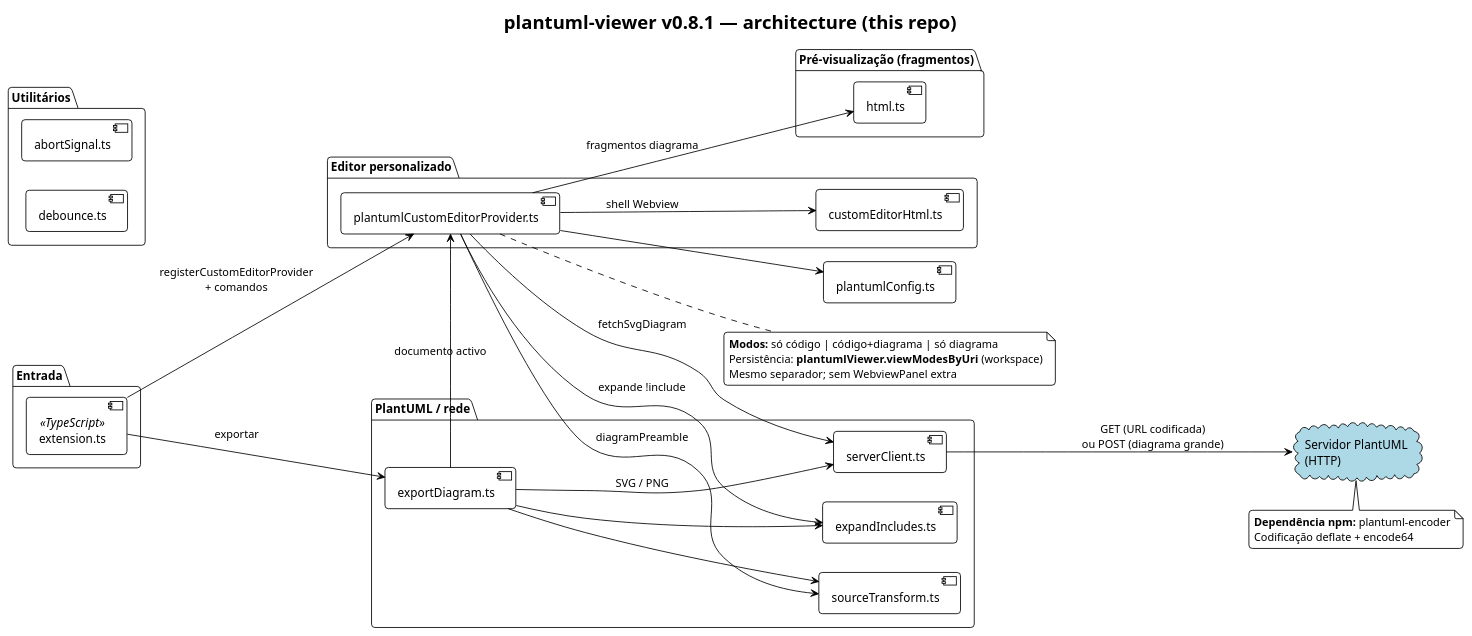
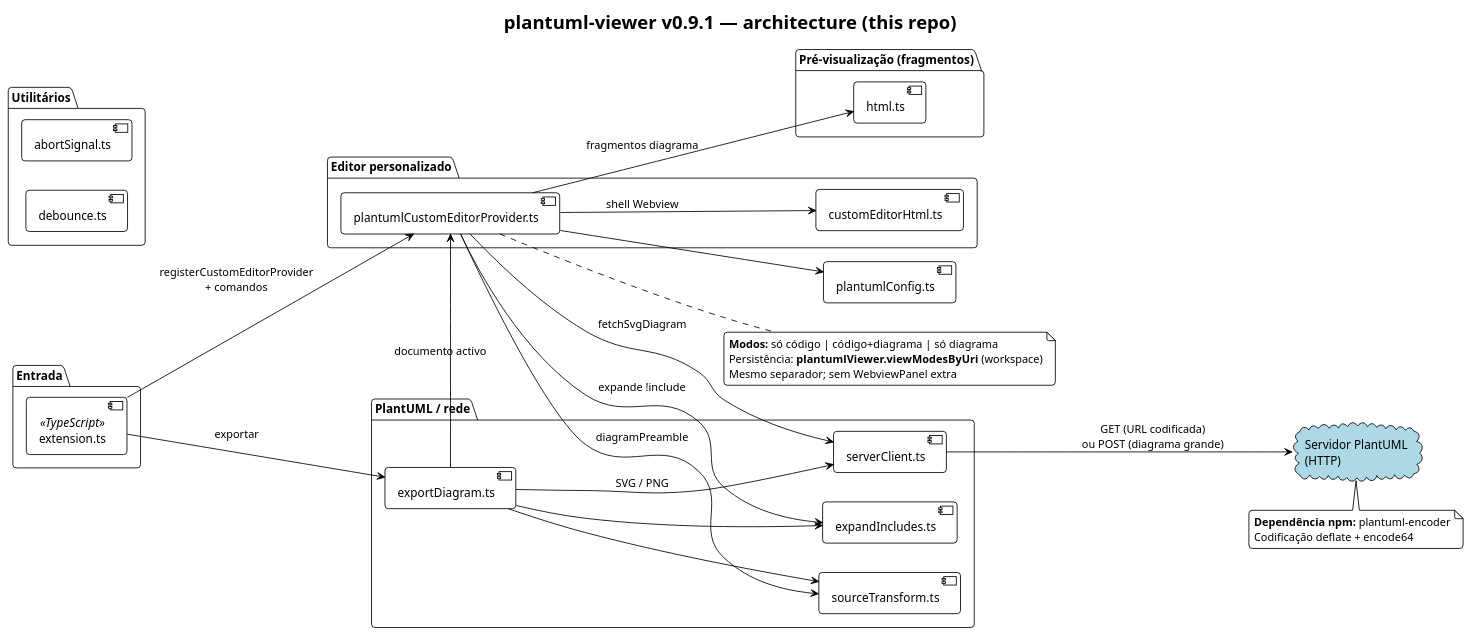
The diagram in examples/architecture.puml (manorfm/plantuml-plugin), drawn with PlantUML before and after one commit. The commit also changed 19 other files, not shown here.

```diff
--- a/examples/architecture.puml
+++ b/examples/architecture.puml
@@ -1,68 +1,68 @@
 @startuml
 !theme plain
 skinparam shadowing false
 skinparam roundcorner 8
 skinparam defaultFontName Verdana
 
-title plantuml-viewer v0.8.1 — architecture (this repo)
+title plantuml-viewer v0.9.1 — architecture (this repo)
 
 left to right direction
 
 package "Entrada" {
   component [extension.ts] as EXT <<TypeScript>>
 }
 
 package "Editor personalizado" {
   component [plantumlCustomEditorProvider.ts] as CEP
   component [customEditorHtml.ts] as CEH
 }
 
 package "Pré-visualização (fragmentos)" {
   component [html.ts] as HTML
 }
 
 package "PlantUML / rede" {
   component [serverClient.ts] as SC
   component [expandIncludes.ts] as INC
   component [exportDiagram.ts] as EXP
   component [sourceTransform.ts] as ST
 }
 
 component [plantumlConfig.ts] as CFG
 
 package "Utilitários" {
   component [abortSignal.ts] as AB
   component [debounce.ts] as DB
 }
 
 cloud "Servidor PlantUML\n(HTTP)" as SRV #LightBlue
 
 EXT --> CEP : registerCustomEditorProvider\n+ comandos
 EXT --> EXP : exportar
 
 CEP --> CEH : shell Webview
 CEP --> INC : expande !include
 CEP --> ST : diagramPreamble
 CEP --> SC : fetchSvgDiagram
 CEP --> HTML : fragmentos diagrama
 CEP --> CFG
 
 EXP --> INC
 EXP --> ST
 EXP --> SC : SVG / PNG
 EXP --> CEP : documento activo
 
 SC --> SRV : GET (URL codificada)\nou POST (diagrama grande)
 
 note right of CEP
   **Modos:** só código | código+diagrama | só diagrama
   Persistência: **plantumlViewer.viewModesByUri** (workspace)
   Mesmo separador; sem WebviewPanel extra
 end note
 
 note bottom of SRV
   **Dependência npm:** plantuml-encoder
   Codificação deflate + encode64
 end note
 
 @enduml
```
